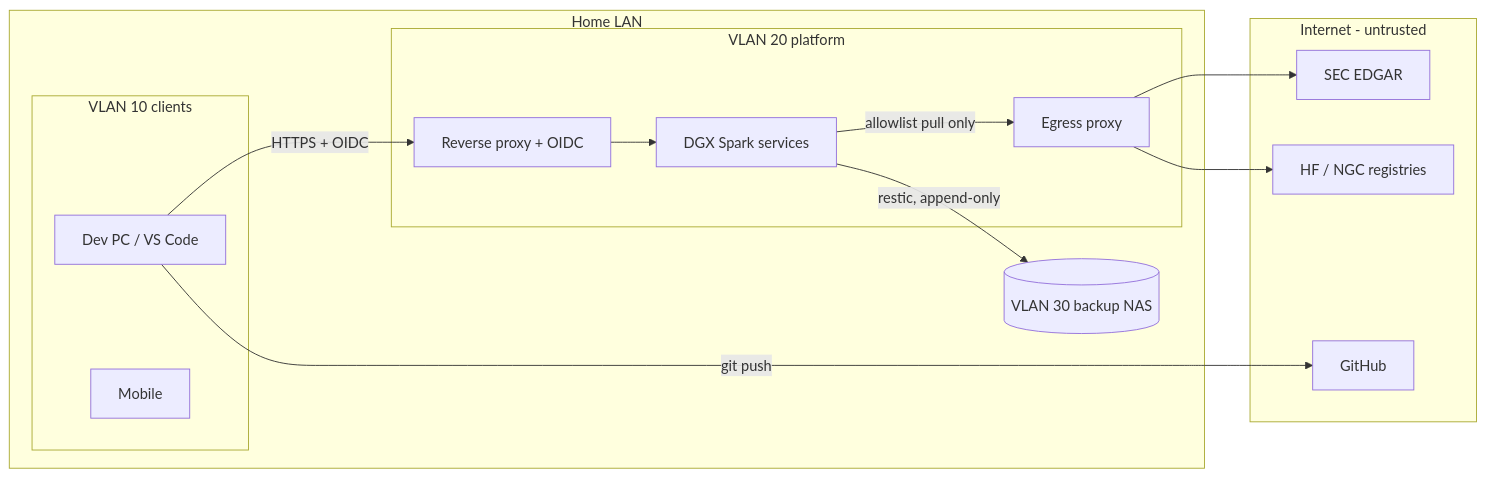
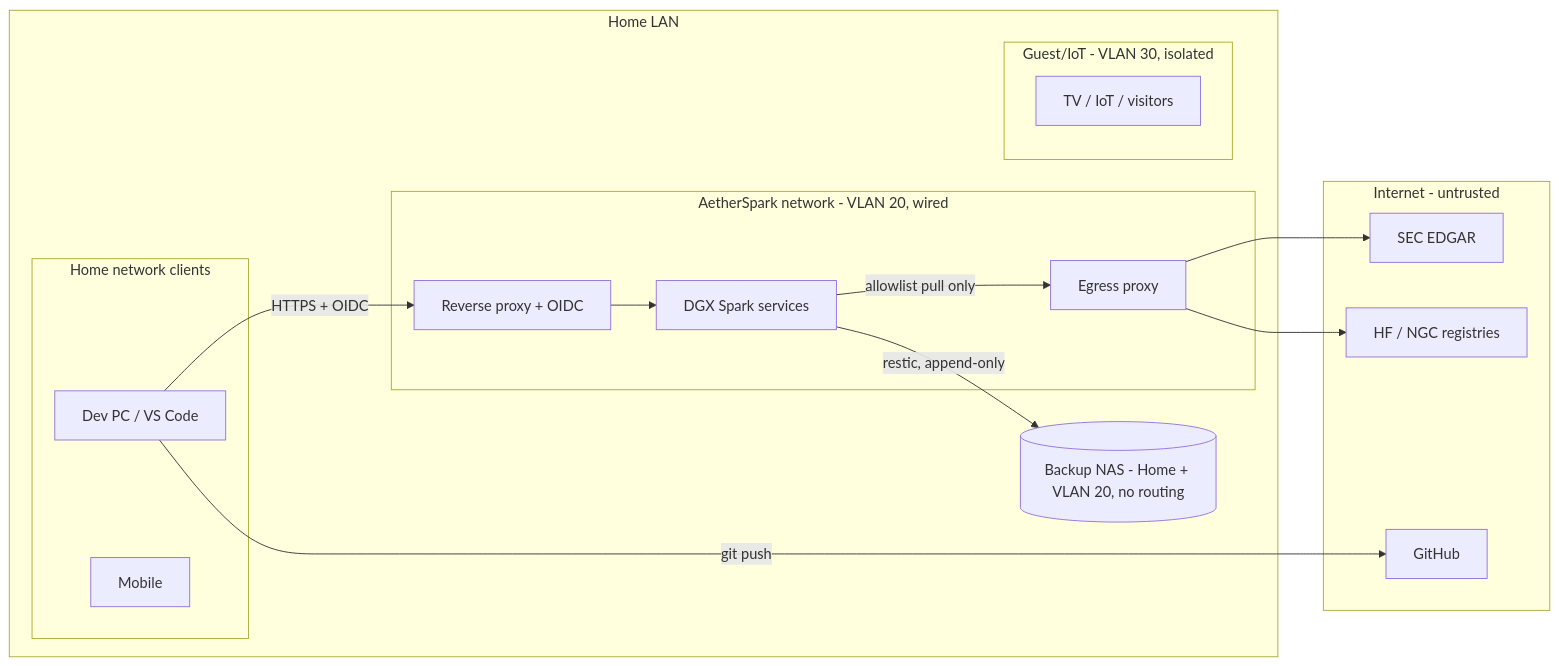
The diagram in docs/02-threat-model.md (mpcs2013/aether-spark), drawn with Mermaid before and after one commit. The commit also changed other lines of this file and 11 other files, not shown here.

First line of the commit message:
docs: infra review amendments (ADR-0010/0012/0013, T16, roadmap) and read-only review agents

````diff
--- a/docs/02-threat-model.md
+++ b/docs/02-threat-model.md
@@ -7,19 +7,22 @@
 ```mermaid
 flowchart LR
   subgraph WAN[Internet - untrusted]
     EDGAR[SEC EDGAR]; HF[HF / NGC registries]; GH[GitHub]
   end
   subgraph LAN[Home LAN]
-    subgraph CLI[VLAN 10 clients]
+    subgraph CLI[Home network clients]
       PC[Dev PC / VS Code]; Phone[Mobile]
     end
-    subgraph SRV[VLAN 20 platform]
+    subgraph SRV[AetherSpark network - VLAN 20, wired]
       PX[Egress proxy]; RP[Reverse proxy + OIDC]; SPARK[DGX Spark services]
     end
-    NAS[(VLAN 30 backup NAS)]
+    NAS[(Backup NAS - Home + VLAN 20, no routing)]
+    subgraph GST[Guest/IoT - VLAN 30, isolated]
+      IOT[TV / IoT / visitors]
+    end
   end
   PC -->|HTTPS + OIDC| RP --> SPARK
   SPARK -->|allowlist pull only| PX --> EDGAR & HF
   PC -->|git push| GH
   SPARK -->|restic, append-only| NAS
 ```
````
